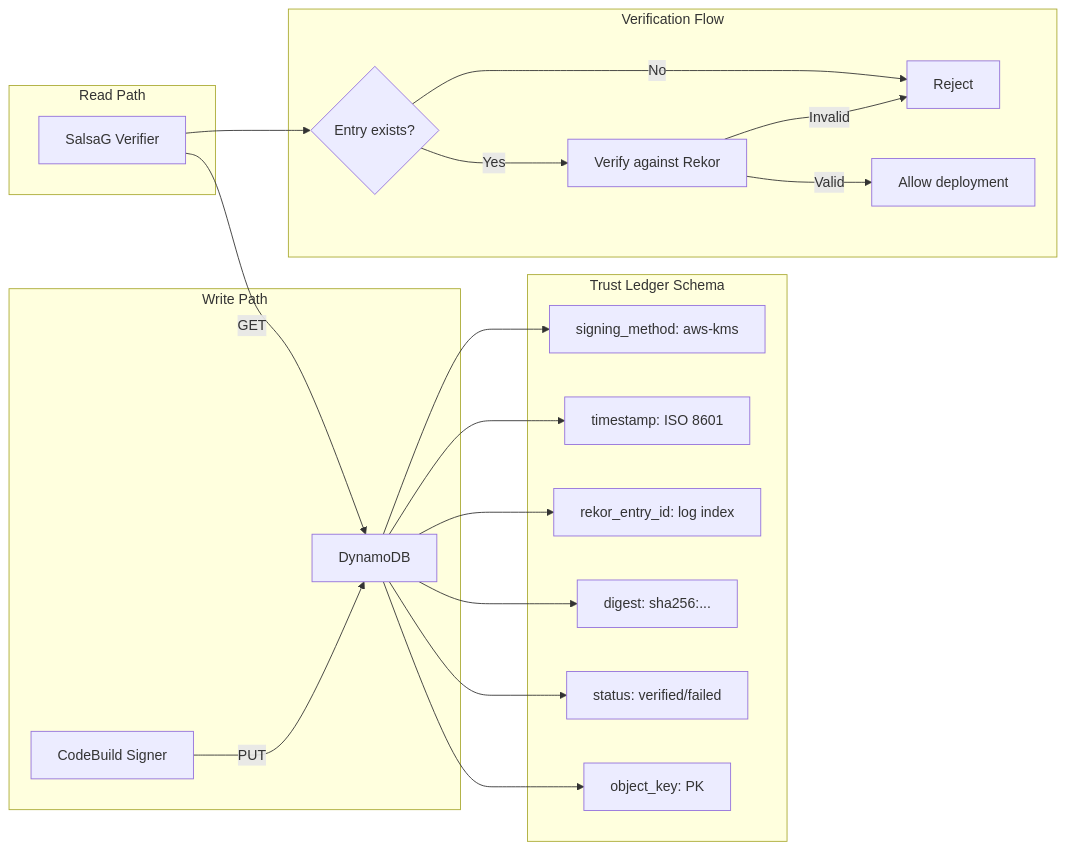
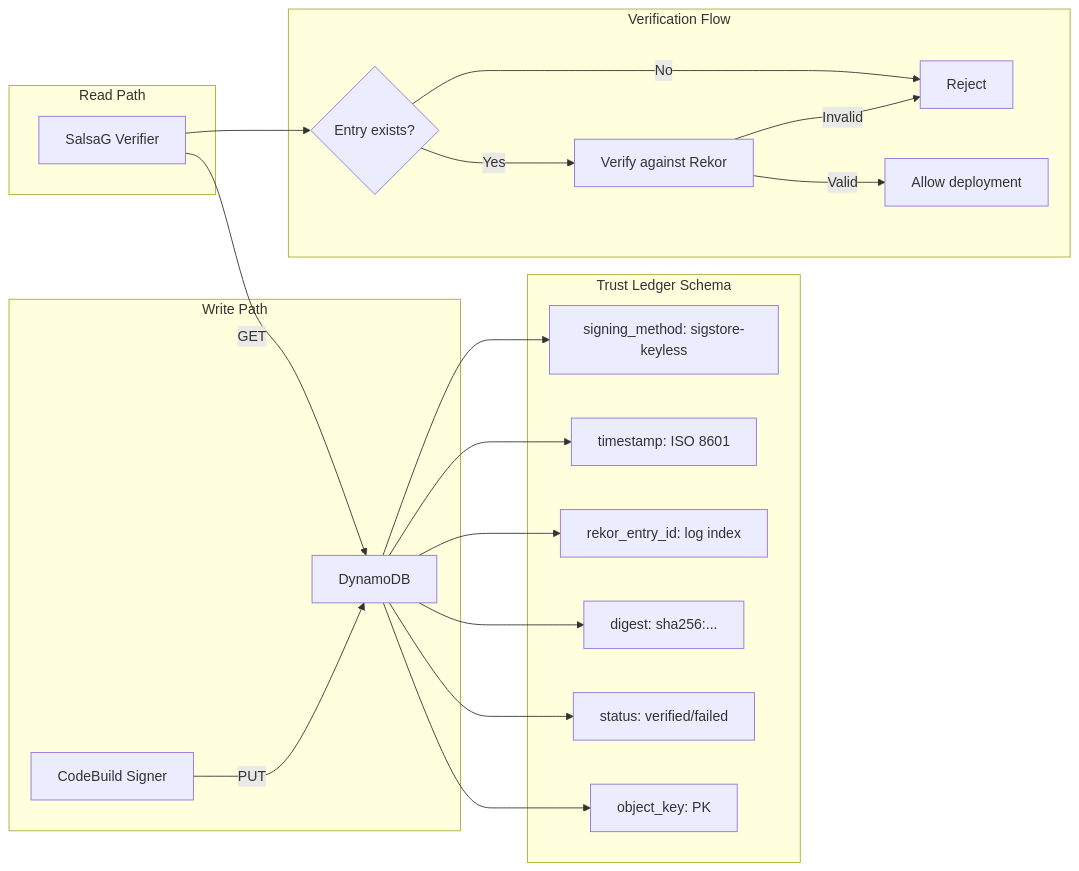
The fifth of 6 diagrams in TECHNICAL_DOCUMENTATION.md (tanishk97/MICS295Capstone), drawn with Mermaid before and after one commit. The commit also changed other lines of this file, not shown here.

Commit message:
Remove all remaining KMS references from technical documentation

````diff
--- a/TECHNICAL_DOCUMENTATION.md
+++ b/TECHNICAL_DOCUMENTATION.md
@@ -437,27 +436,27 @@
 ```mermaid
 graph LR
     subgraph "Write Path"
         CB[CodeBuild Signer] -->|PUT| DDB[DynamoDB]
     end
     
     subgraph "Read Path"
         VERIFY[SalsaG Verifier] -->|GET| DDB
     end
     
     subgraph "Trust Ledger Schema"
         DDB --> KEY[object_key: PK]
         DDB --> STATUS[status: verified/failed]
         DDB --> DIGEST[digest: sha256:...]
         DDB --> REKOR[rekor_entry_id: log index]
         DDB --> TIME[timestamp: ISO 8601]
-        DDB --> METHOD[signing_method: aws-kms]
+        DDB --> METHOD[signing_method: sigstore-keyless]
     end
     
     subgraph "Verification Flow"
         VERIFY --> CHECK{Entry exists?}
         CHECK -->|Yes| REKOR_CHECK[Verify against Rekor]
         CHECK -->|No| FAIL[Reject]
         REKOR_CHECK -->|Valid| PASS[Allow deployment]
         REKOR_CHECK -->|Invalid| FAIL
     end
 ```
````
